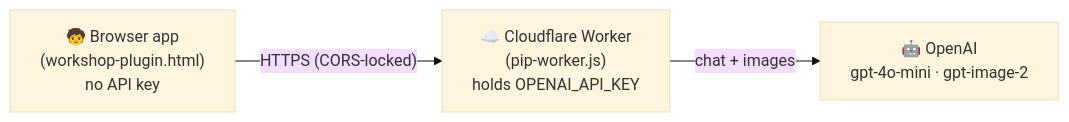
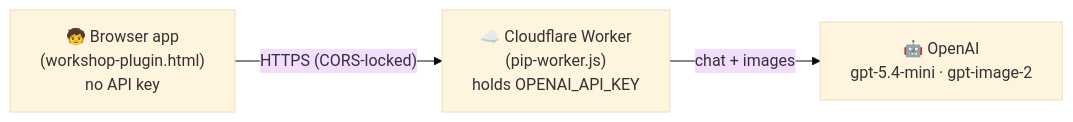
One commit to lzhangsktlab/story-sprout changed the first of 2 diagrams in README.md. Above: the diagram before and after it, drawn with Mermaid (base theme). The commit also changed other lines of this file, not shown here.

First line of the commit message:
README: name the repo's model in the diagram, fix the "write prompts" framing slip

````diff
--- a/README.md
+++ b/README.md
@@ -40,5 +40,5 @@
 ```mermaid
 flowchart LR
     A["🧒 Browser app<br/>(workshop-plugin.html)<br/>no API key"] -->|"HTTPS (CORS-locked)"| B["☁️ Cloudflare Worker<br/>(pip-worker.js)<br/>holds OPENAI_API_KEY"]
-    B -->|"chat + images"| C["🤖 OpenAI<br/>gpt-4o-mini · gpt-image-2"]
+    B -->|"chat + images"| C["🤖 OpenAI<br/>gpt-5.4-mini · gpt-image-2"]
 ```
````
